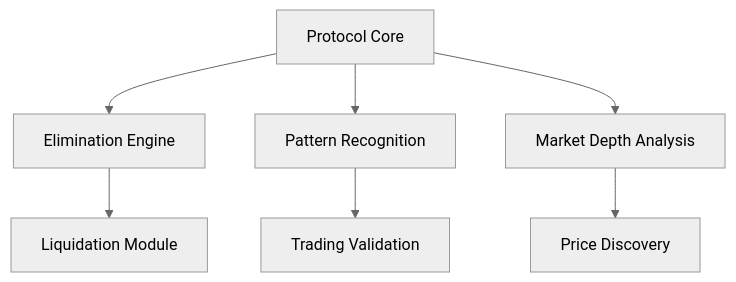
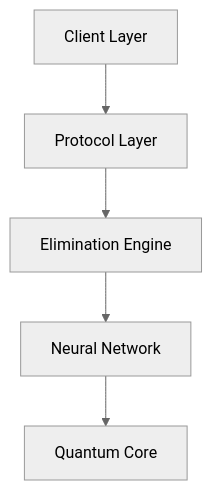
The diagram in README.md (SquidGeez/Squid-Geez), drawn with Mermaid (neutral theme) before and after one commit. The commit also changed other lines of this file, not shown here.

````diff
--- a/README.md
+++ b/README.md
@@ -42,9 +145,7 @@
 ```mermaid
 graph TD
-    A[Protocol Core] --> B[Elimination Engine]
-    A --> C[Pattern Recognition]
-    A --> D[Market Depth Analysis]
-    B --> E[Liquidation Module]
-    C --> F[Trading Validation]
-    D --> G[Price Discovery]
+    A[Client Layer] --> B[Protocol Layer]
+    B --> C[Elimination Engine]
+    C --> D[Neural Network]
+    D --> E[Quantum Core]
 ```
````
